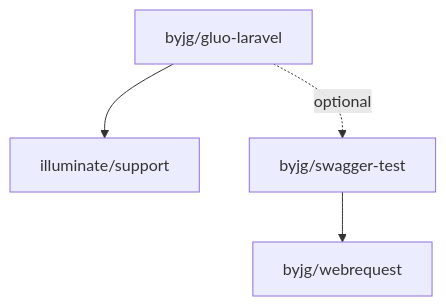
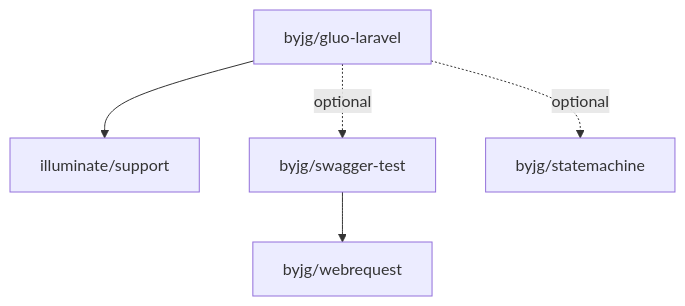
The diagram in README.md (byjg/php-gluo-laravel), drawn with Mermaid before and after one commit. The commit also changed other lines of this file and 26 other files, not shown here.

````diff
--- a/README.md
+++ b/README.md
@@ -133,6 +164,7 @@
 ```mermaid
 flowchart TD
     byjg/gluo-laravel --> illuminate/support
     byjg/gluo-laravel -. optional .-> byjg/swagger-test
+    byjg/gluo-laravel -. optional .-> byjg/statemachine
     byjg/swagger-test --> byjg/webrequest
 ```
````
